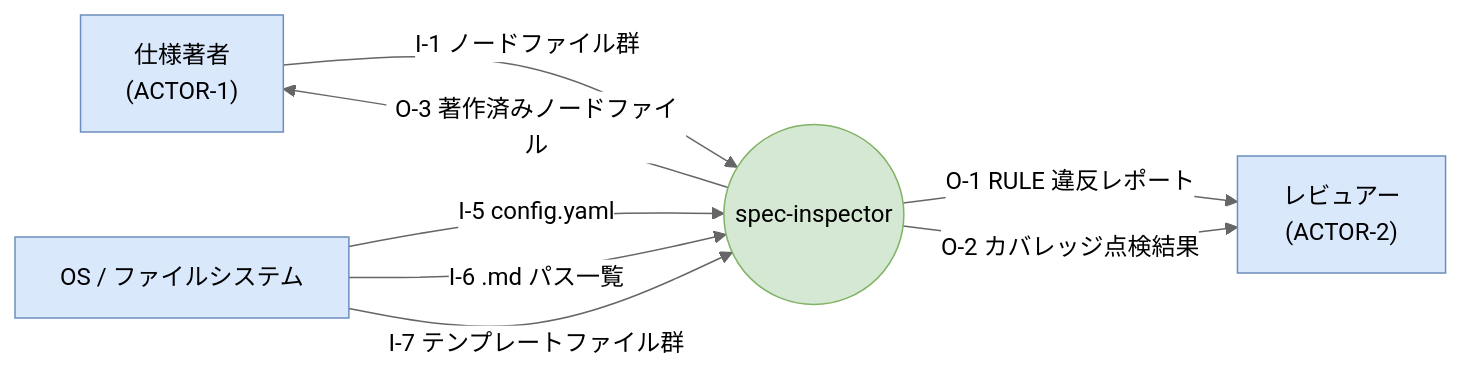
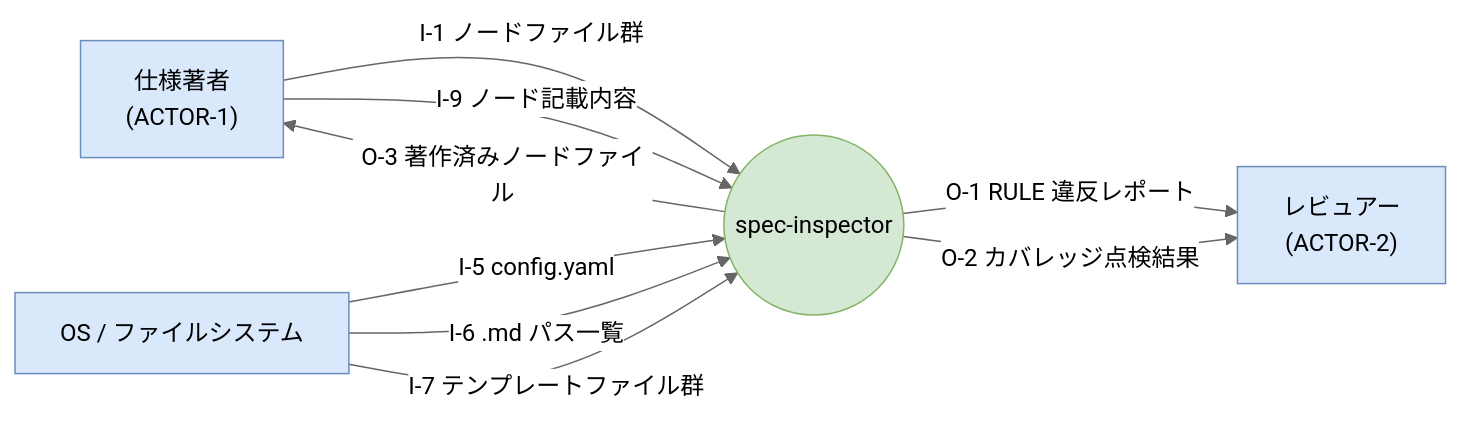
One commit to hiratashinnya/review-system changed the first of 5 diagrams in doc-system/03-analysis/00-dfd.md. Above: the diagram before and after it, drawn with Mermaid (neutral theme). The commit also changed other lines of this file and 9 other files, not shown here.

````diff
--- a/doc-system/03-analysis/00-dfd.md
+++ b/doc-system/03-analysis/00-dfd.md
@@ -18,18 +18,19 @@
 ```mermaid
 flowchart LR
   classDef ext fill:#dae8fc,stroke:#6c8ebf,color:#000
   classDef sys fill:#d5e8d4,stroke:#82b366,color:#000
 
   ACTOR1["仕様著者\n(ACTOR-1)"]:::ext
   ACTOR2["レビュアー\n(ACTOR-2)"]:::ext
   FS["OS / ファイルシステム"]:::ext
   SYS(("spec-inspector")):::sys
 
   ACTOR1 -->|"I-1 ノードファイル群"| SYS
+  ACTOR1 -->|"I-9 ノード記載内容"| SYS
   FS      -->|"I-5 config.yaml"| SYS
   FS      -->|"I-6 .md パス一覧"| SYS
   FS      -->|"I-7 テンプレートファイル群"| SYS
   SYS     -->|"O-1 RULE 違反レポート"| ACTOR2
   SYS     -->|"O-2 カバレッジ点検結果"| ACTOR2
   SYS     -->|"O-3 著作済みノードファイル"| ACTOR1
 ```
````
